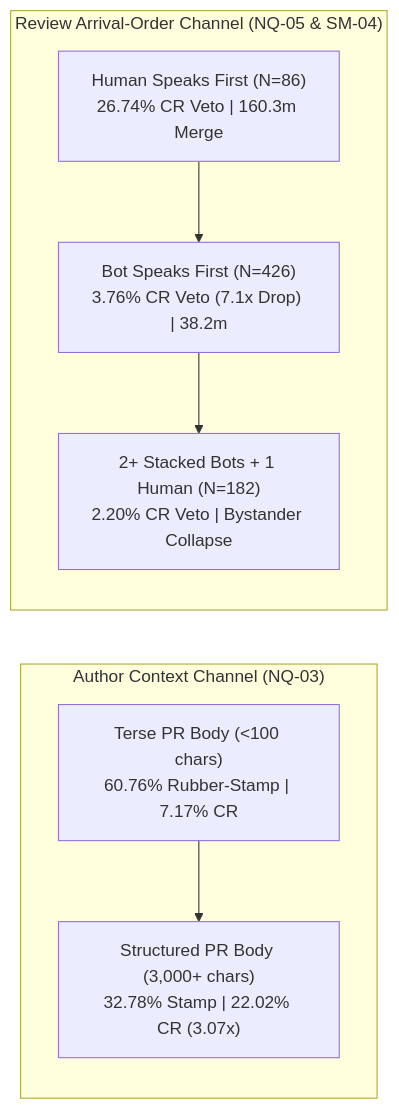
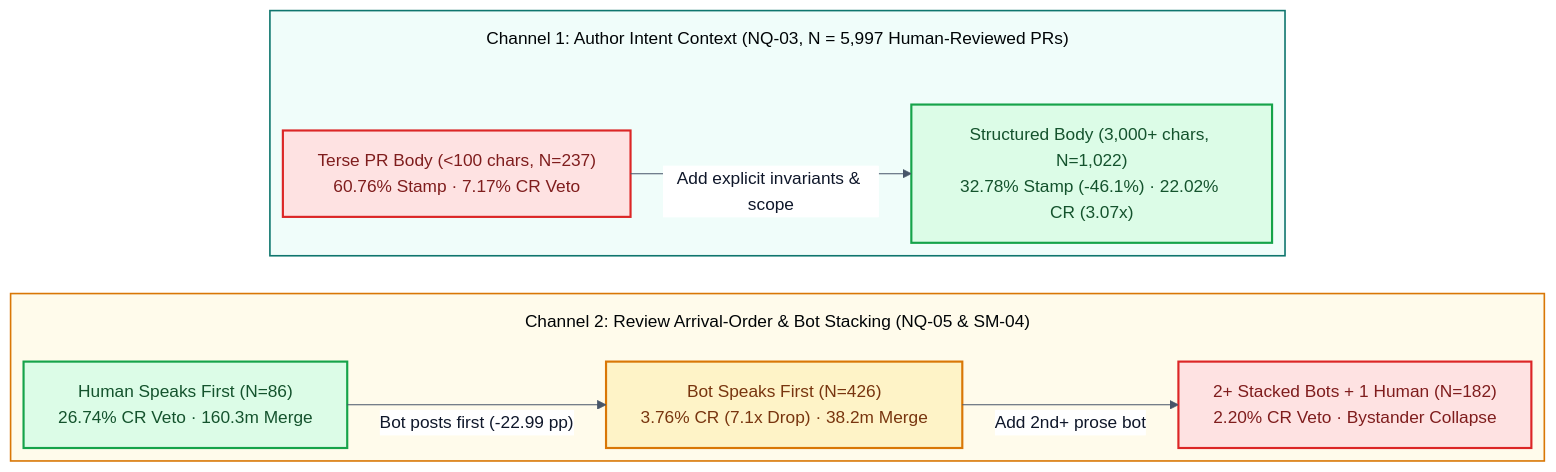
The third of 4 diagrams in paper/draft_v1_ieee_software.md (kumarshaz/pr-review-replication), drawn with Mermaid before and after one commit. The commit also changed other lines of this file and 2 other files, not shown here.

Commit message:
feat(paper): generate SSRN-ready preprint PDF with 4 styled Mermaid ELK figures and 3 verified tables

````diff
--- a/paper/draft_v1_ieee_software.md
+++ b/paper/draft_v1_ieee_software.md
@@ -109,11 +210,57 @@
 ```mermaid
-flowchart LR
-    subgraph Ch1["Author Context Channel (NQ-03)"]
-        A1["Terse PR Body (<100 chars)\n60.76% Rubber-Stamp | 7.17% CR"] --> A2["Structured PR Body (3,000+ chars)\n32.78% Stamp | 22.02% CR (3.07x)"]
+---
+config:
+  layout: elk
+  theme: base
+  flowchart:
+    diagramPadding: 20
+    padding: 16
+    nodeSpacing: 28
+    rankSpacing: 46
+    wrappingWidth: 270
+    subGraphTitleMargin:
+      top: 14
+      bottom: 20
+  themeVariables:
+    background: '#F8FAFC'
+    primaryColor: '#E0F2FE'
+    primaryTextColor: '#0F172A'
+    primaryBorderColor: '#0284C7'
+    lineColor: '#475569'
+    edgeLabelBackground: '#FFFFFF'
+    clusterBkg: '#F1F5F9'
+    clusterBorder: '#94A3B8'
+---
+flowchart TB
+    accTitle: Two-Channel Signal and Review Arrival-Order Asymmetry
+    accDescr: Structured author PR descriptions triple human CHANGES_REQUESTED vetoes from 7.17% to 22.02%, whereas letting an AI review bot speak before a human collapses vetoes 7.1x from 26.74% to 3.76% and stacking two or more bots drives vetoes down to 2.20%.
+
+    subgraph Ch1["Channel 1: Author Intent Context (NQ-03, N = 5,997 Human-Reviewed PRs)"]
+        direction LR
+        A1["Terse PR Body (<100 chars, N=237)<br/>60.76% Stamp · 7.17% CR Veto"]
+        A2["Structured Body (3,000+ chars, N=1,022)<br/>32.78% Stamp (-46.1%) · 22.02% CR (3.07x)"]
+        A1 -->|"Add explicit invariants & scope"| A2
     end
 
-    subgraph Ch2["Review Arrival-Order Channel (NQ-05 & SM-04)"]
-        B1["Human Speaks First (N=86)\n26.74% CR Veto | 160.3m Merge"] --> B2["Bot Speaks First (N=426)\n3.76% CR Veto (7.1x Drop) | 38.2m"]
-        B2 --> B3["2+ Stacked Bots + 1 Human (N=182)\n2.20% CR Veto | Bystander Collapse"]
+    subgraph Ch2["Channel 2: Review Arrival-Order & Bot Stacking (NQ-05 & SM-04)"]
+        direction LR
+        B1["Human Speaks First (N=86)<br/>26.74% CR Veto · 160.3m Merge"]
+        B2["Bot Speaks First (N=426)<br/>3.76% CR (7.1x Drop) · 38.2m Merge"]
+        B3["2+ Stacked Bots + 1 Human (N=182)<br/>2.20% CR Veto · Bystander Collapse"]
+        B1 -->|"Bot posts first (-22.99 pp)"| B2
+        B2 -->|"Add 2nd+ prose bot"| B3
     end
+
+    %% Layout only: stack independent channels cleanly for print width.
+    Ch1 ~~~ Ch2
+
+    classDef risk fill:#FEE2E2,stroke:#DC2626,color:#7F1D1D,stroke-width:2px
+    classDef core fill:#FEF3C7,stroke:#D97706,color:#78350F,stroke-width:2px
+    classDef destination fill:#DCFCE7,stroke:#16A34A,color:#14532D,stroke-width:2px
+
+    class A1,B3 risk
+    class B2 core
+    class A2,B1 destination
+    style Ch1 fill:#F0FDFA,stroke:#0F766E,stroke-width:1.5px
+    style Ch2 fill:#FFFBEB,stroke:#D97706,stroke-width:1.5px
 ```
````
